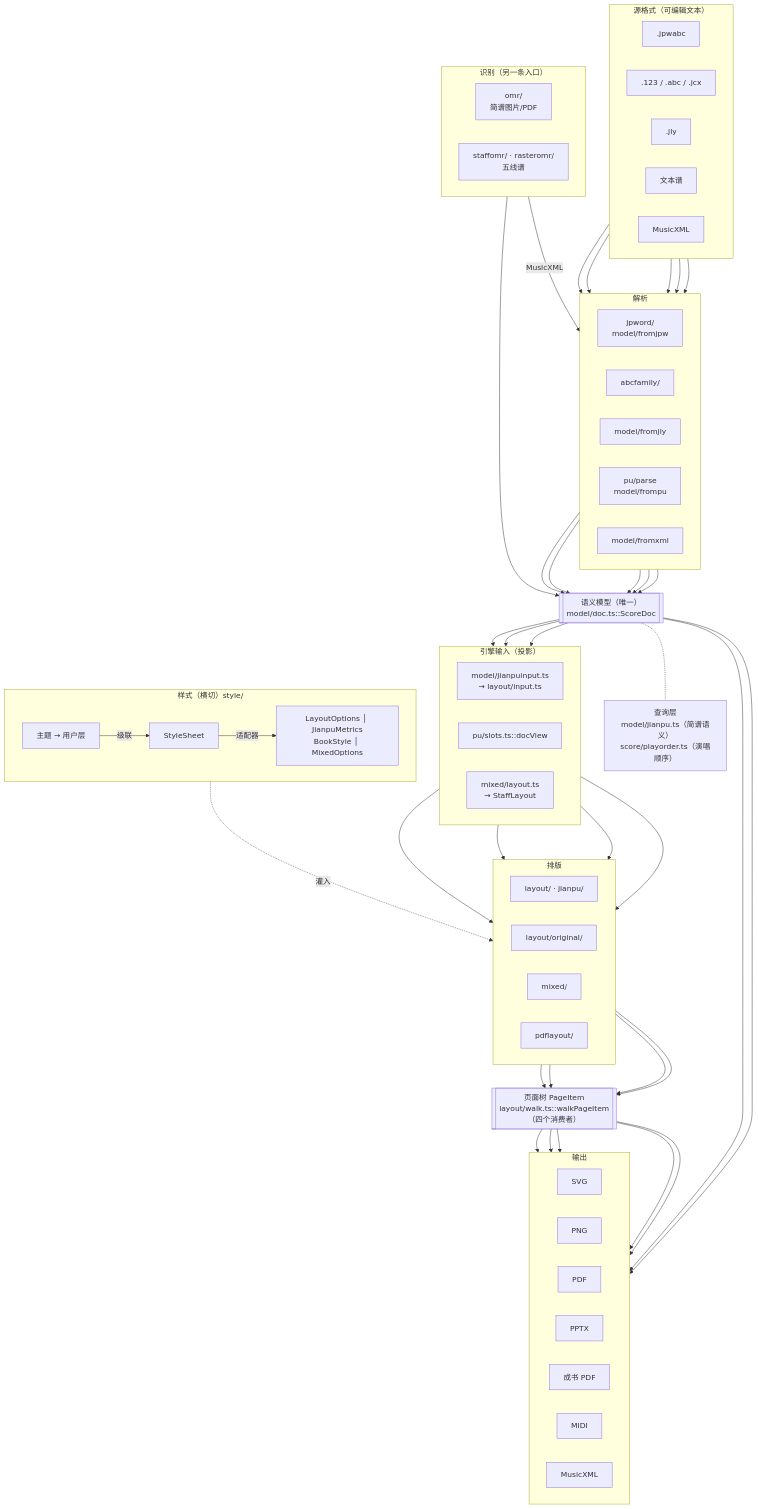
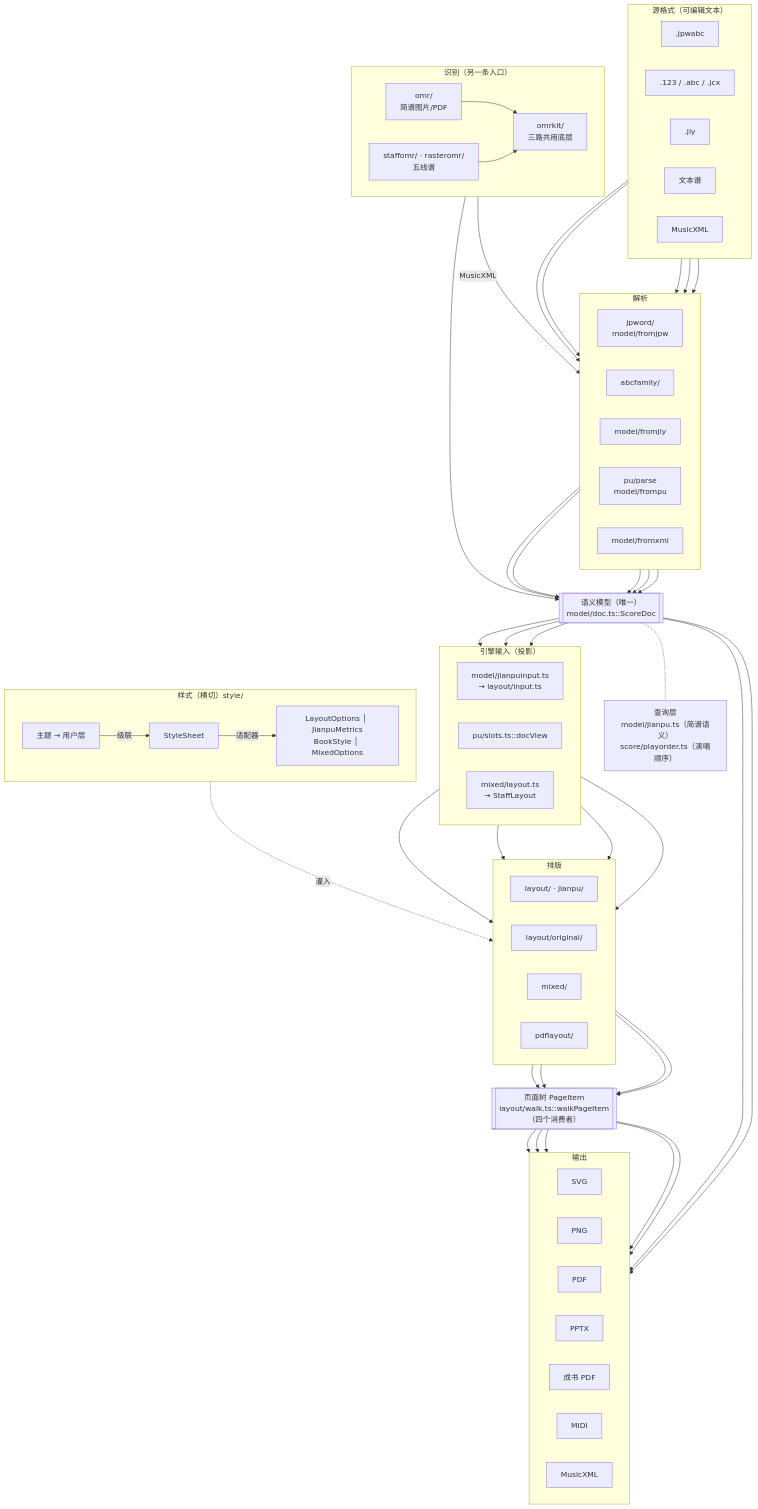
Before and after one commit to lodebar2026/dolce: the diagram in docs/架构.md, drawn with Mermaid. The commit also changed other lines of this file and 102 other files, not shown here.

Commit message:
识别共享层 src/omrkit/：三路共用的类型、几何、连通域、二值化、解码与推理运行时、矢量对象层、和弦与页眉文法搬出 omr/；staffomr 不再反向依赖 rasteromr（页眉分类下沉、核对数据形状 StaffReviewResult）、断开 staffomr index↔song 循环、浏览器运行时显式装配、简谱 fermataCaps 改为每次识别各自一份

```diff
--- a/docs/架构.md
+++ b/docs/架构.md
@@ -62,6 +63,7 @@
     direction LR
     omr["omr/<br/>简谱图片/PDF"]
     somr["staffomr/ · rasteromr/<br/>五线谱"]
+    kit["omrkit/<br/>三路共用底层"]
   end
 
   doc[["语义模型（唯一）<br/>model/doc.ts::ScoreDoc"]]
@@ -107,6 +109,7 @@
   pu --> ppu
   xml --> pxml
   pjpw & pabc & pjly & ppu & pxml --> doc
+  omr & somr --> kit
   omr --> doc
   somr -- MusicXML --> pxml
   doc -.- query
```
